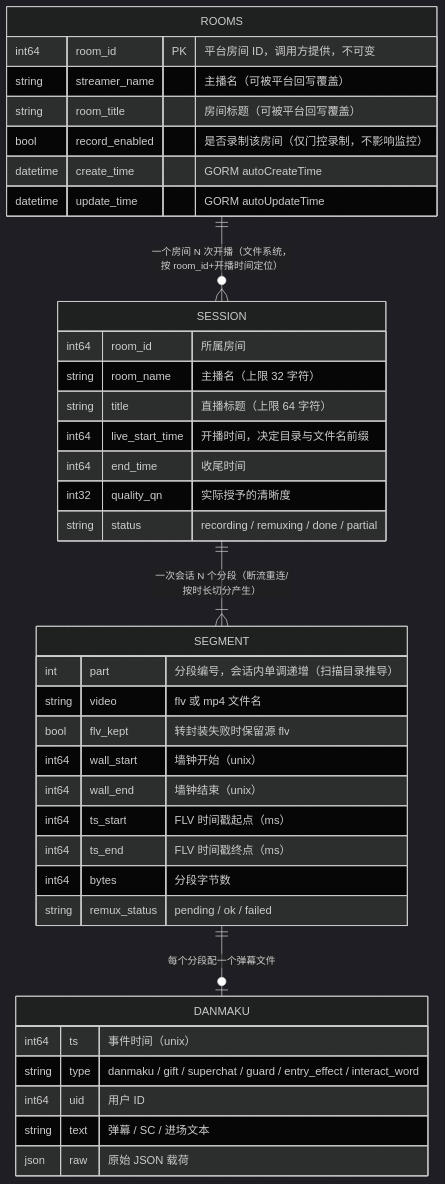
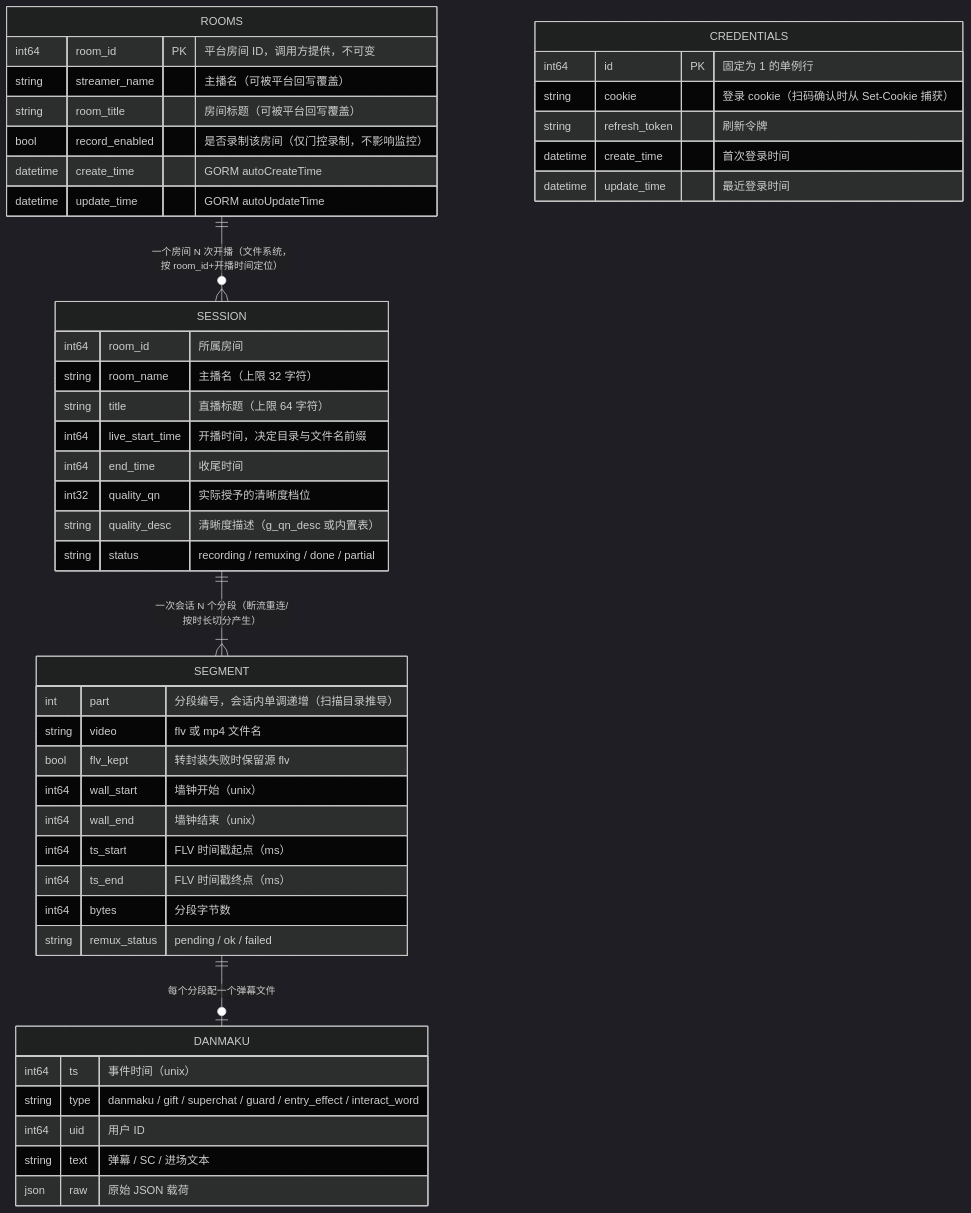
Before and after one commit to xgbt/suika: the tenth of 10 diagrams in docs/design/architecture-diagrams.md, drawn with Mermaid (dark theme). The commit also changed other lines of this file and 4 other files, not shown here.

````diff
--- a/docs/design/architecture-diagrams.md
+++ b/docs/design/architecture-diagrams.md
@@ -370,45 +387,54 @@
 ```mermaid
 erDiagram
     ROOMS ||--o{ SESSION : "一个房间 N 次开播（文件系统，按 room_id+开播时间定位）"
     SESSION ||--|{ SEGMENT : "一次会话 N 个分段（断流重连/按时长切分产生）"
     SEGMENT ||--o| DANMAKU : "每个分段配一个弹幕文件"
 
     ROOMS {
         int64 room_id PK "平台房间 ID，调用方提供，不可变"
         string streamer_name "主播名（可被平台回写覆盖）"
         string room_title "房间标题（可被平台回写覆盖）"
         bool record_enabled "是否录制该房间（仅门控录制，不影响监控）"
         datetime create_time "GORM autoCreateTime"
         datetime update_time "GORM autoUpdateTime"
     }
 
+    CREDENTIALS {
+        int64 id PK "固定为 1 的单例行"
+        string cookie "登录 cookie（扫码确认时从 Set-Cookie 捕获）"
+        string refresh_token "刷新令牌"
+        datetime create_time "首次登录时间"
+        datetime update_time "最近登录时间"
+    }
+
     SESSION {
         int64 room_id "所属房间"
         string room_name "主播名（上限 32 字符）"
         string title "直播标题（上限 64 字符）"
         int64 live_start_time "开播时间，决定目录与文件名前缀"
         int64 end_time "收尾时间"
-        int32 quality_qn "实际授予的清晰度"
+        int32 quality_qn "实际授予的清晰度档位"
+        string quality_desc "清晰度描述（g_qn_desc 或内置表）"
         string status "recording / remuxing / done / partial"
     }
 
     SEGMENT {
         int part "分段编号，会话内单调递增（扫描目录推导）"
         string video "flv 或 mp4 文件名"
         bool flv_kept "转封装失败时保留源 flv"
         int64 wall_start "墙钟开始（unix）"
         int64 wall_end "墙钟结束（unix）"
         int64 ts_start "FLV 时间戳起点（ms）"
         int64 ts_end "FLV 时间戳终点（ms）"
         int64 bytes "分段字节数"
         string remux_status "pending / ok / failed"
     }
 
     DANMAKU {
         int64 ts "事件时间（unix）"
         string type "danmaku / gift / superchat / guard / entry_effect / interact_word"
         int64 uid "用户 ID"
         string text "弹幕 / SC / 进场文本"
         json raw "原始 JSON 载荷"
     }
 ```
````
